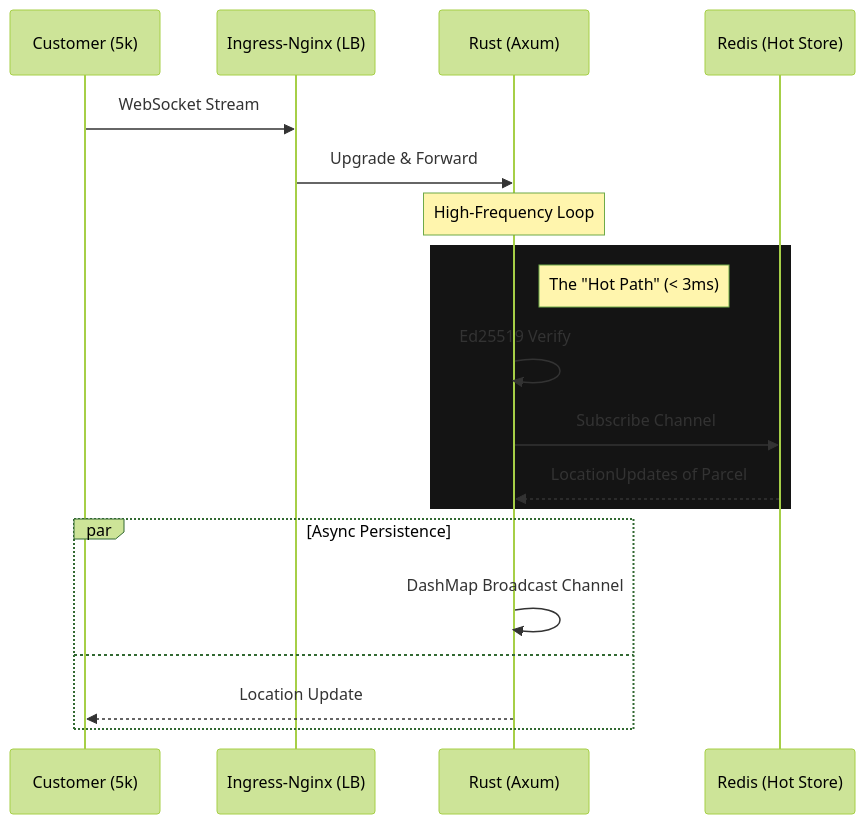
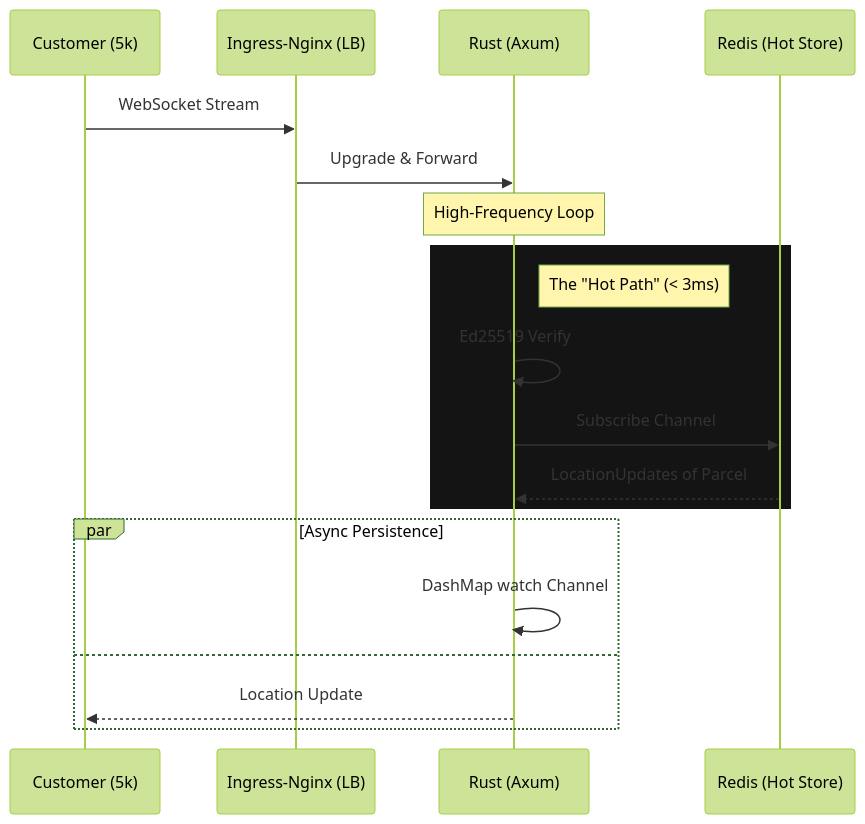
The second of 2 diagrams in README.md (fossabot/high-concurrency-logistics-engine), drawn with Mermaid (forest theme) before and after one commit.

````diff
--- a/README.md
+++ b/README.md
@@ -90,26 +90,26 @@
 ```mermaid
 sequenceDiagram
     participant C as Customer (5k)
     participant N as Ingress-Nginx (LB)
     participant R as Rust (Axum)
     participant D as Redis (Hot Store)
 
     C->>N: WebSocket Stream
     N->>R: Upgrade & Forward
     
     Note over R: High-Frequency Loop
     
     rect rgb(20, 20, 20)
         Note right of R: The "Hot Path" (< 3ms)
         R->>R: Ed25519 Verify
         R->>D: Subscribe Channel 
         D-->>R: LocationUpdates of Parcel
     end
 
     par Async Persistence
-        R->>R: DashMap Broadcast Channel
+        R->>R: DashMap watch Channel
         and
         R-->>C: Location Update
        
     end
 ```
````
